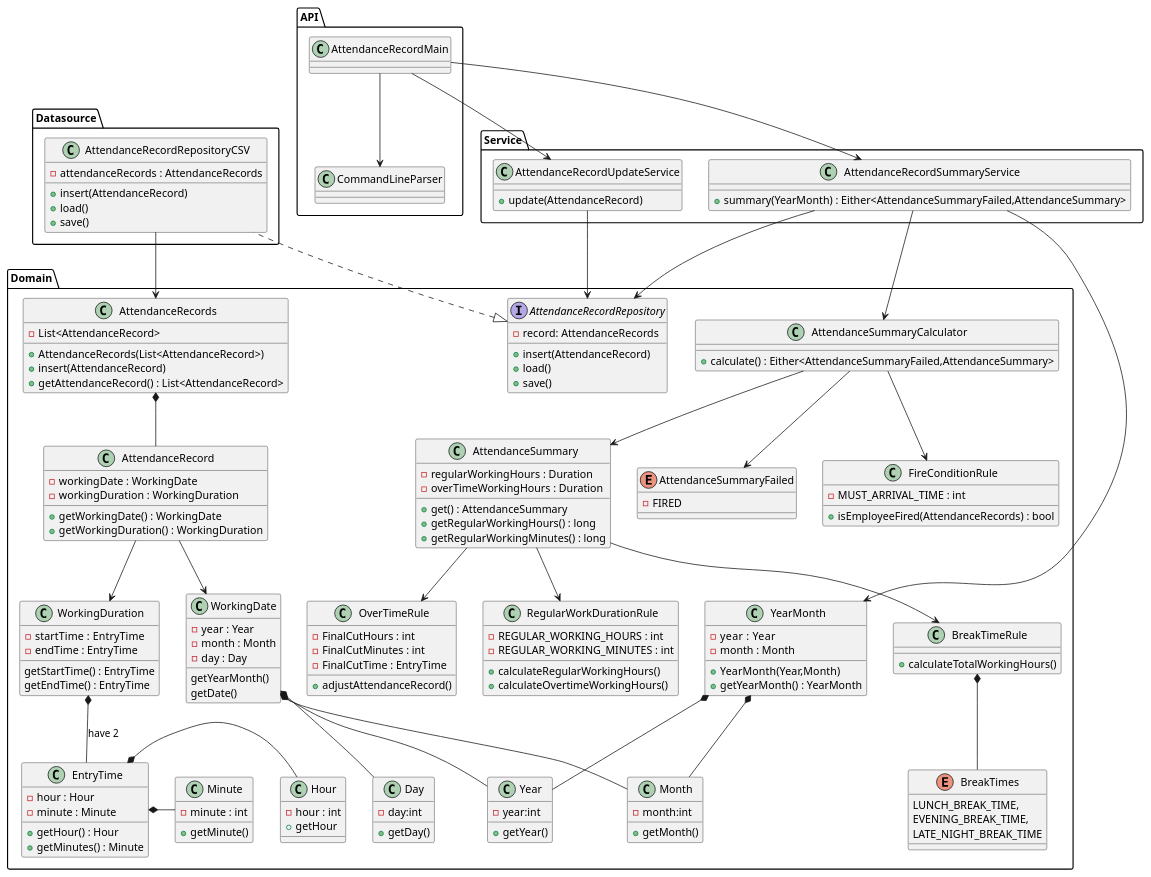
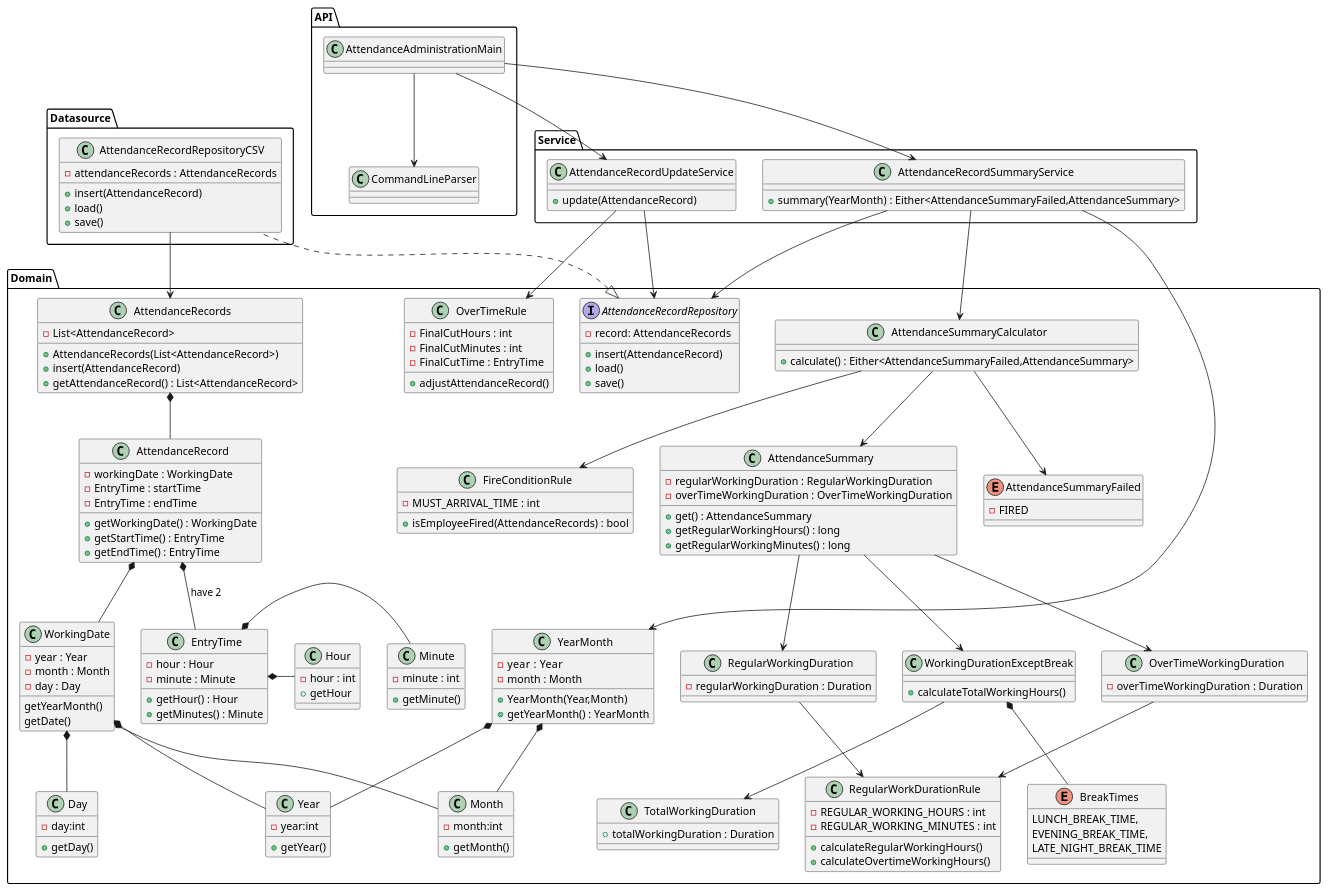
Before and after one commit to biglobe-isp/kintai: the diagram in Documents/ClassDiagram.puml, drawn with PlantUML. The commit also changed other lines of this file and 25 other files, not shown here.

Commit message:
reflect review result - change domain model to implement TotalWorkingDuration, WorkingDurationExceptBreak etc.

```diff
--- a/Documents/ClassDiagram.puml
+++ b/Documents/ClassDiagram.puml
@@ -1,188 +1,197 @@
 @startuml
 
 package Datasource {
 class AttendanceRecordRepositoryCSV {
 -attendanceRecords : AttendanceRecords
 +insert(AttendanceRecord)
 +load()
 +save()
 }
 }
 
 package Domain {
 class Year {
 -year:int
 +getYear()
 }
 class Month {
 -month:int
 +getMonth()
 }
 class Day {
 -day:int
 +getDay()
 }
 class WorkingDate {
 -year : Year
 -month : Month
 -day : Day
 getYearMonth()
 getDate()
 }
 
 
 WorkingDate *-down- Year
 WorkingDate *-down- Month
 WorkingDate *-down- Day
 
 class YearMonth {
 -year :  Year
 -month : Month
 +YearMonth(Year,Month)
 +getYearMonth() : YearMonth
 }
 
 YearMonth *-down= Year
 YearMonth *-down- Month
 
 class EntryTime {
 -hour : Hour
 -minute : Minute
 +getHour() : Hour
 +getMinutes() : Minute
 }
 
 class Hour {
 -hour : int
 +getHour
 }
 
 class Minute {
 -minute : int
 +getMinute()
 }
 
 EntryTime *-right- Hour
 EntryTime *-right- Minute
 
-class WorkingDuration {
--startTime :  EntryTime
--endTime : EntryTime
-getStartTime() : EntryTime
-getEndTime() : EntryTime
-}
 
-WorkingDuration *-down- EntryTime  : have 2 
+AttendanceRecord *-down- EntryTime  : have 2 
 
 class RegularWorkDurationRule {
 -REGULAR_WORKING_HOURS : int
 -REGULAR_WORKING_MINUTES : int
 +calculateRegularWorkingHours()
 +calculateOvertimeWorkingHours()
 }
 
 class FireConditionRule {
 -MUST_ARRIVAL_TIME : int
 +isEmployeeFired(AttendanceRecords) : bool
 }
 
-class BreakTimeRule {
+class WorkingDurationExceptBreak {
 +calculateTotalWorkingHours()
 }
 
 enum BreakTimes {
 LUNCH_BREAK_TIME,
 EVENING_BREAK_TIME,
 LATE_NIGHT_BREAK_TIME
 }
 
-BreakTimeRule *-down- BreakTimes
+WorkingDurationExceptBreak *-down- BreakTimes
 
 
 class OverTimeRule {
 -FinalCutHours : int
 -FinalCutMinutes : int
 -FinalCutTime : EntryTime
 +adjustAttendanceRecord()
 }
 
 class AttendanceRecords {
 -List<AttendanceRecord>
 +AttendanceRecords(List<AttendanceRecord>)
 +insert(AttendanceRecord)
 +getAttendanceRecord() : List<AttendanceRecord>
 }
 
 class AttendanceRecord {
 -workingDate : WorkingDate
--workingDuration : WorkingDuration
+-EntryTime : startTime
+-EntryTime : endTime
 +getWorkingDate() : WorkingDate
-+getWorkingDuration() : WorkingDuration
++getStartTime() : EntryTime 
++getEndTime() : EntryTime 
 }
 
 AttendanceRecords *-down- AttendanceRecord 
 
 interface AttendanceRecordRepository {
 -record: AttendanceRecords
 +insert(AttendanceRecord)
 +load()
 +save()
 }
 
 class AttendanceSummaryCalculator {
 +calculate() : Either<AttendanceSummaryFailed,AttendanceSummary>
 }
 
 class AttendanceSummary {
--regularWorkingHours : Duration
--overTimeWorkingHours : Duration
+-regularWorkingDuration : RegularWorkingDuration
+-overTimeWorkingDuration : OverTimeWorkingDuration
 +get() : AttendanceSummary
 +getRegularWorkingHours() : long
 +getRegularWorkingMinutes() : long
 }
 
 Enum AttendanceSummaryFailed {
 -FIRED
 }
 
+class RegularWorkingDuration {
+-regularWorkingDuration : Duration
+}
+class OverTimeWorkingDuration {
+-overTimeWorkingDuration : Duration
+}
+
+class TotalWorkingDuration {
++totalWorkingDuration : Duration
+}
 
 }
 package API {
-class AttendanceRecordMain
+class AttendanceAdministrationMain
 class CommandLineParser
 }
 package Service
 {
 class AttendanceRecordUpdateService {
 +update(AttendanceRecord)
 }
 class AttendanceRecordSummaryService
 {
 +summary(YearMonth) : Either<AttendanceSummaryFailed,AttendanceSummary>
 }
 
 AttendanceRecordUpdateService -->  AttendanceRecordRepository 
 AttendanceRecordSummaryService --> YearMonth 
 AttendanceRecordSummaryService --> AttendanceRecordRepository
 AttendanceRecordSummaryService --> AttendanceSummaryCalculator 
 AttendanceSummaryCalculator --> FireConditionRule 
 AttendanceSummaryCalculator --> AttendanceSummary
 AttendanceSummaryCalculator --> AttendanceSummaryFailed
 
 
-AttendanceSummary --> OverTimeRule
-AttendanceSummary --> BreakTimeRule
-AttendanceSummary --> RegularWorkDurationRule
+AttendanceRecordUpdateService --> OverTimeRule
+AttendanceSummary --> WorkingDurationExceptBreak
+WorkingDurationExceptBreak --> TotalWorkingDuration
+AttendanceSummary --> RegularWorkingDuration
+AttendanceSummary --> OverTimeWorkingDuration
+RegularWorkingDuration --> RegularWorkDurationRule
+OverTimeWorkingDuration --> RegularWorkDurationRule
 
-AttendanceRecordMain --> CommandLineParser
-AttendanceRecordMain --> AttendanceRecordUpdateService
-AttendanceRecordMain --> AttendanceRecordSummaryService
+AttendanceAdministrationMain --> CommandLineParser
+AttendanceAdministrationMain --> AttendanceRecordUpdateService
+AttendanceAdministrationMain --> AttendanceRecordSummaryService
 
-AttendanceRecord --> WorkingDate
-AttendanceRecord --> WorkingDuration
+AttendanceRecord *-- WorkingDate
 AttendanceRecordRepositoryCSV  --> AttendanceRecords
 
 AttendanceRecordRepository <|.. AttendanceRecordRepositoryCSV
 
 
 @enduml
```
